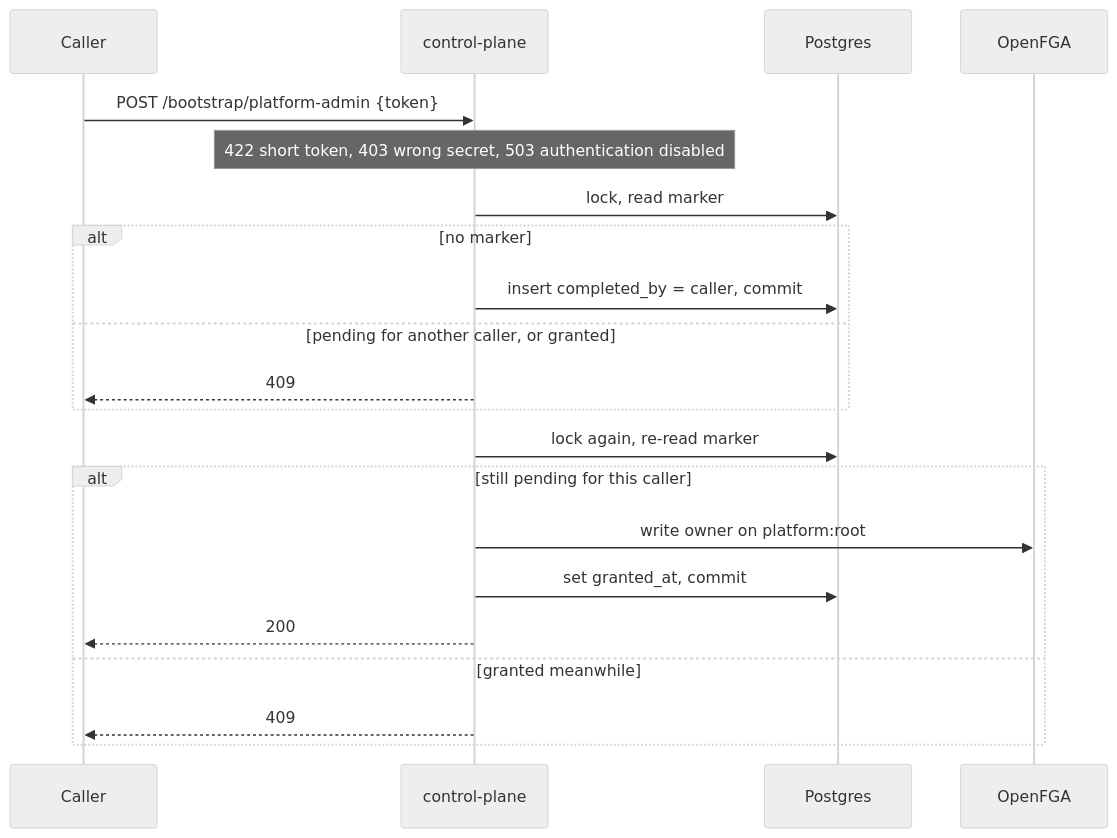
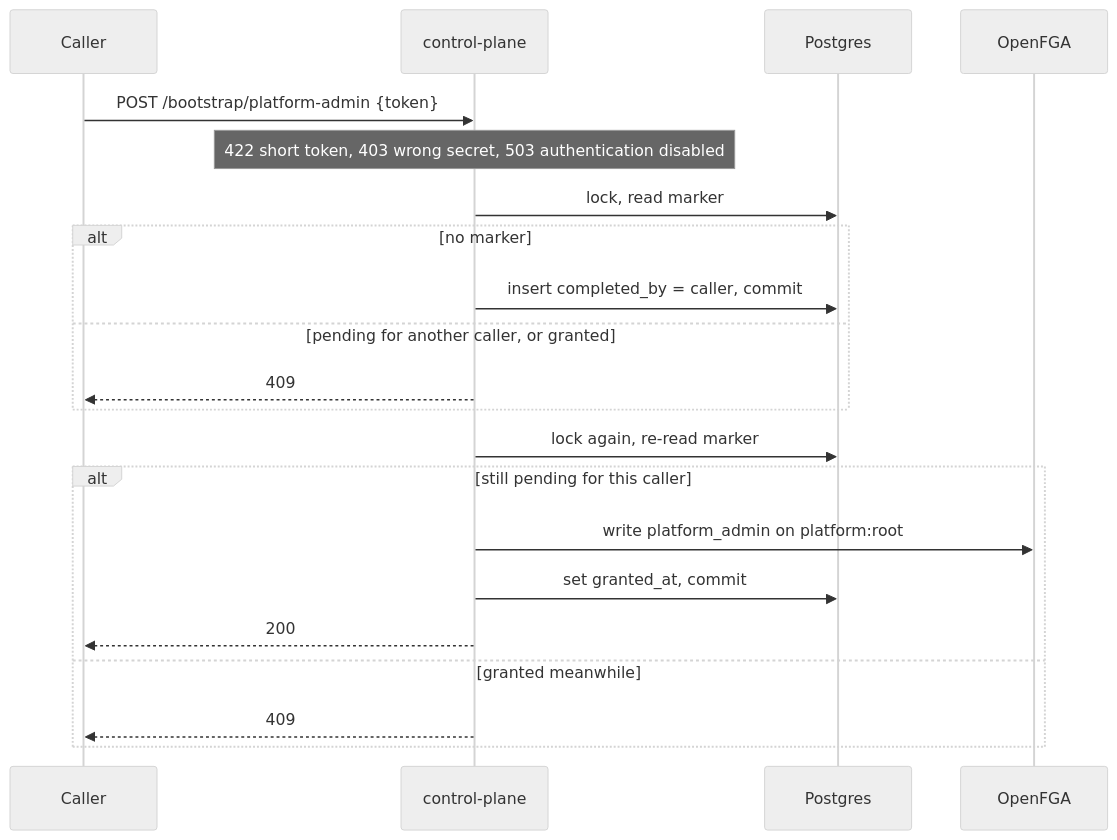
The sixth of 11 diagrams in docs/architecture/A1-manager-runtime.md (ThalesGroup/fred), drawn with Mermaid (neutral theme) before and after one commit. The commit also changed other lines of this file and 82 other files, not shown here.

````diff
--- a/docs/architecture/A1-manager-runtime.md
+++ b/docs/architecture/A1-manager-runtime.md
@@ -345,23 +344,23 @@
 ```mermaid
 sequenceDiagram
     participant U as Caller
     participant M as control-plane
     participant PG as Postgres
     participant FGA as OpenFGA
     U->>M: POST /bootstrap/platform-admin {token}
     Note over M: 422 short token, 403 wrong secret, 503 authentication disabled
     M->>PG: lock, read marker
     alt no marker
         M->>PG: insert completed_by = caller, commit
     else pending for another caller, or granted
         M-->>U: 409
     end
     M->>PG: lock again, re-read marker
     alt still pending for this caller
-        M->>FGA: write owner on platform:root
+        M->>FGA: write platform_admin on platform:root
         M->>PG: set granted_at, commit
         M-->>U: 200
     else granted meanwhile
         M-->>U: 409
     end
 ```
````
